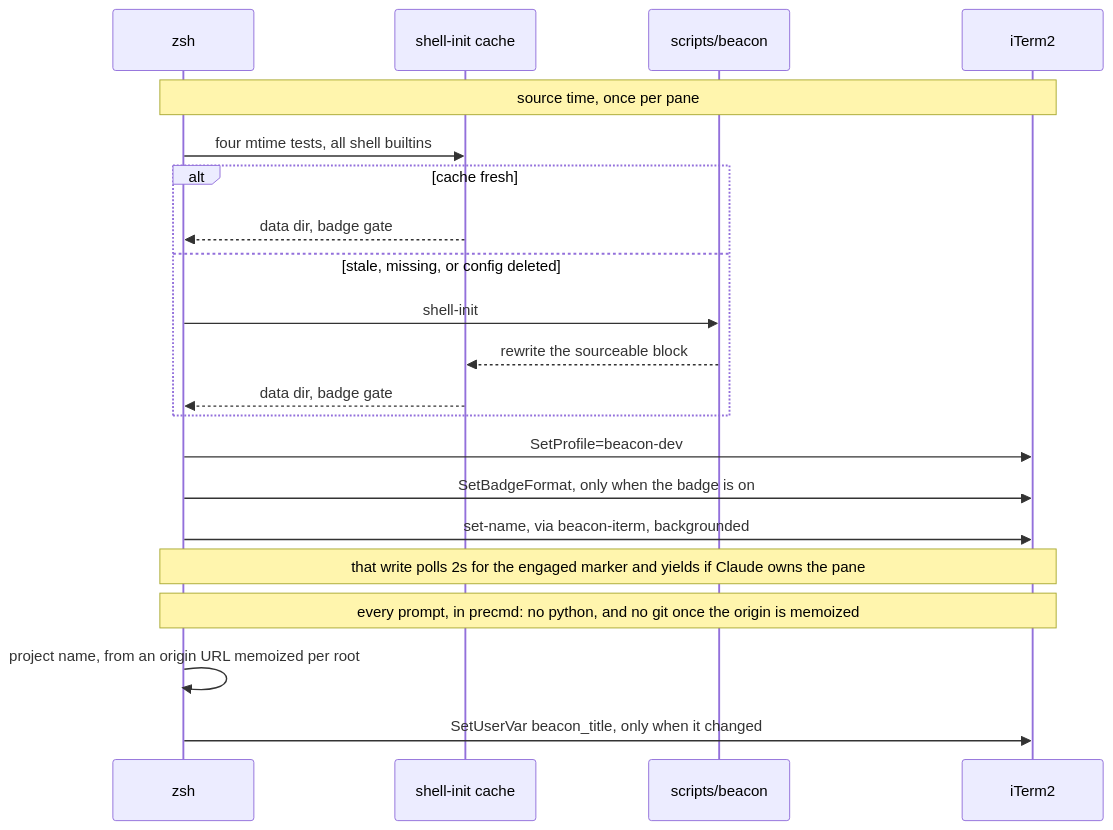
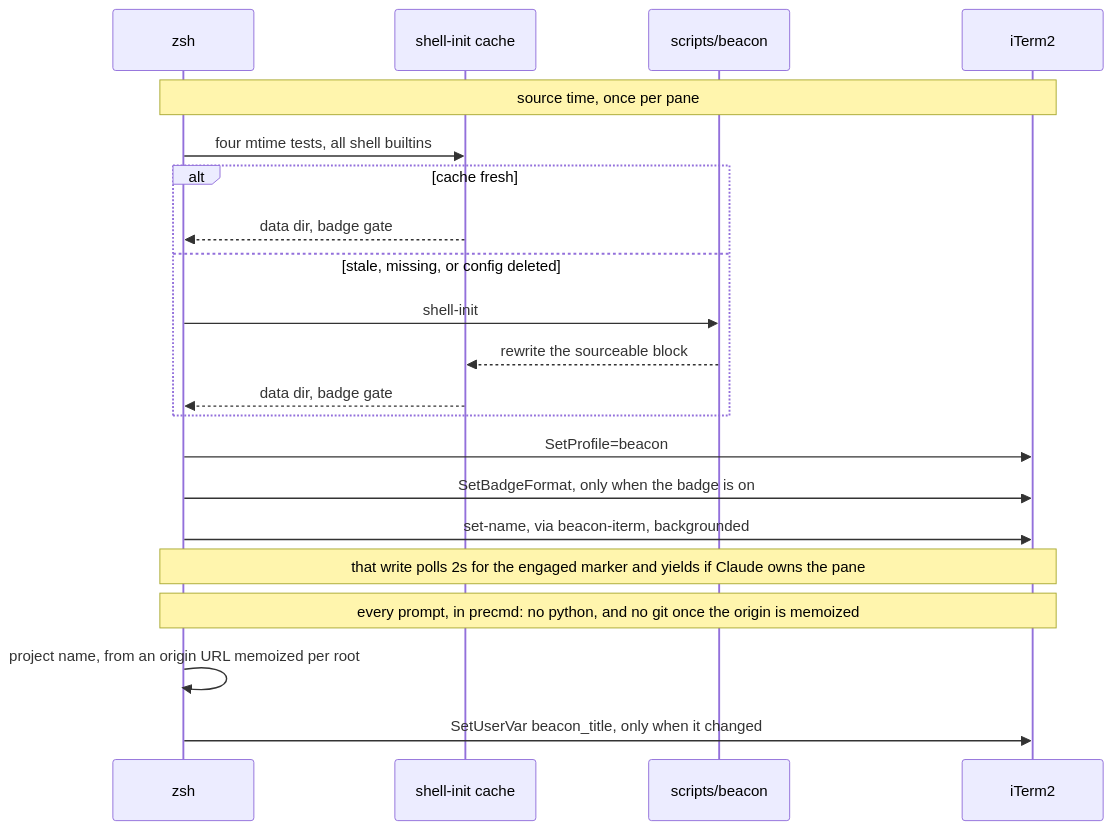
One commit to chris-peterson/beacon changed the first of 3 diagrams in README.md. Above: the diagram before and after it, drawn with Mermaid. The commit also changed other lines of this file and 33 other files, not shown here.

````diff
--- a/README.md
+++ b/README.md
@@ -138,25 +137,25 @@
 ```mermaid
 sequenceDiagram
     participant Z as zsh
     participant K as shell-init cache
     participant P as scripts/beacon
     participant T as iTerm2
 
     Note over Z,T: source time, once per pane
     Z->>K: four mtime tests, all shell builtins
     alt cache fresh
         K-->>Z: data dir, badge gate
     else stale, missing, or config deleted
         Z->>P: shell-init
         P-->>K: rewrite the sourceable block
         K-->>Z: data dir, badge gate
     end
-    Z->>T: SetProfile=beacon-dev
+    Z->>T: SetProfile=beacon
     Z->>T: SetBadgeFormat, only when the badge is on
     Z->>T: set-name, via beacon-iterm, backgrounded
     Note over Z,T: that write polls 2s for the engaged marker and yields if Claude owns the pane
 
     Note over Z,T: every prompt, in precmd: no python, and no git once the origin is memoized
     Z->>Z: project name, from an origin URL memoized per root
     Z->>T: SetUserVar beacon_title, only when it changed
 ```
````
